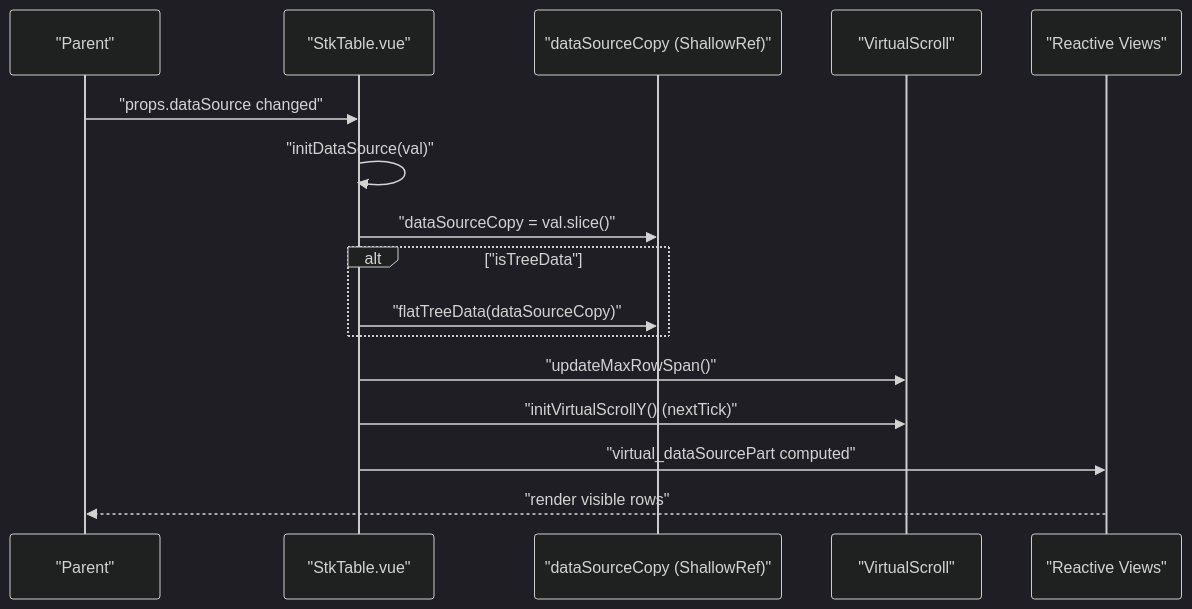
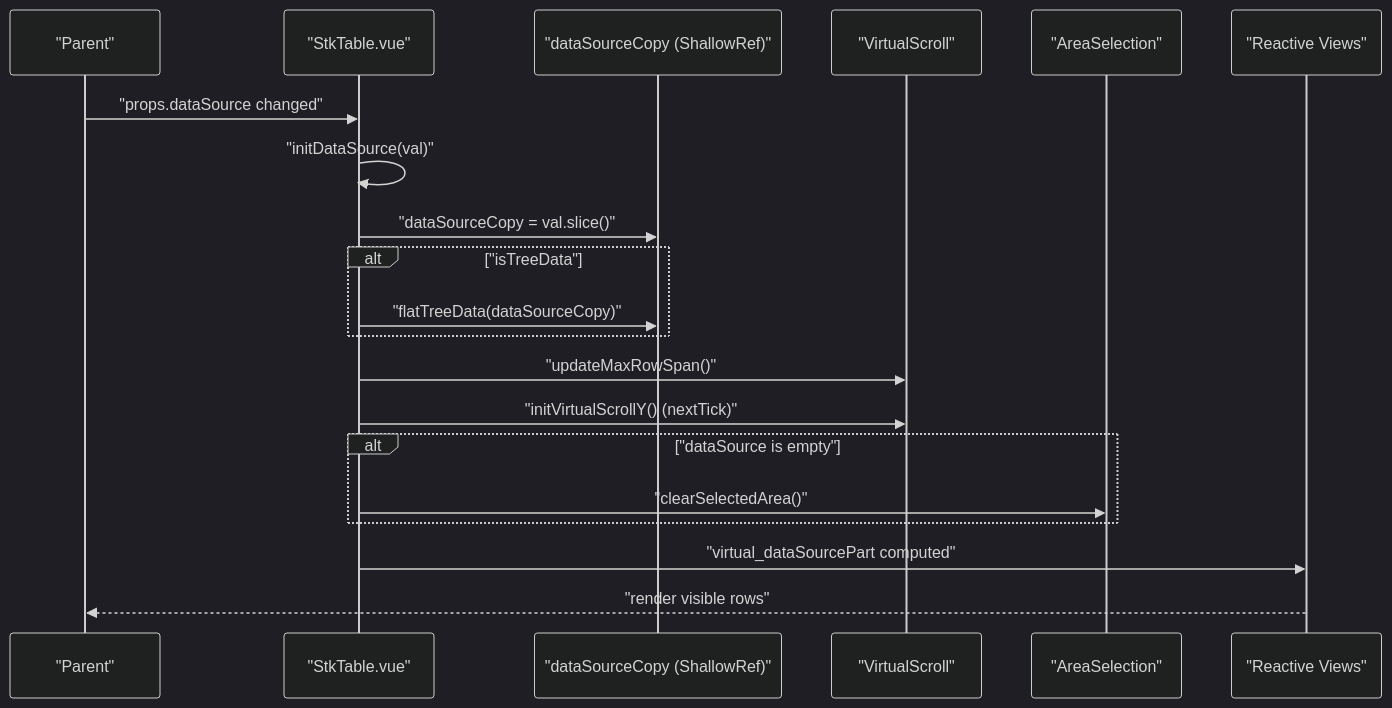
Before and after one commit to ja-plus/stk-table-vue: the second of 8 diagrams in .qoder/repowiki/en/content/Core Concepts/Data Binding and Reactive Architecture.md, drawn with Mermaid (dark theme). The commit also changed other lines of this file and 4 other files, not shown here.

````diff
--- a/.qoder/repowiki/en/content/Core Concepts/Data Binding and Reactive Architecture.md
+++ b/.qoder/repowiki/en/content/Core Concepts/Data Binding and Reactive Architecture.md
@@ -116,18 +134,22 @@
 ```mermaid
 sequenceDiagram
 participant P as "Parent"
 participant S as "StkTable.vue"
 participant DS as "dataSourceCopy (ShallowRef)"
 participant VS as "VirtualScroll"
+participant AS as "AreaSelection"
 participant R as "Reactive Views"
 P->>S : "props.dataSource changed"
 S->>S : "initDataSource(val)"
 S->>DS : "dataSourceCopy = val.slice()"
 alt "isTreeData"
 S->>DS : "flatTreeData(dataSourceCopy)"
 end
 S->>VS : "updateMaxRowSpan()"
 S->>VS : "initVirtualScrollY() (nextTick)"
+alt "dataSource is empty"
+S->>AS : "clearSelectedArea()"
+end
 S->>R : "virtual_dataSourcePart computed"
 R-->>P : "render visible rows"
 ```
````
